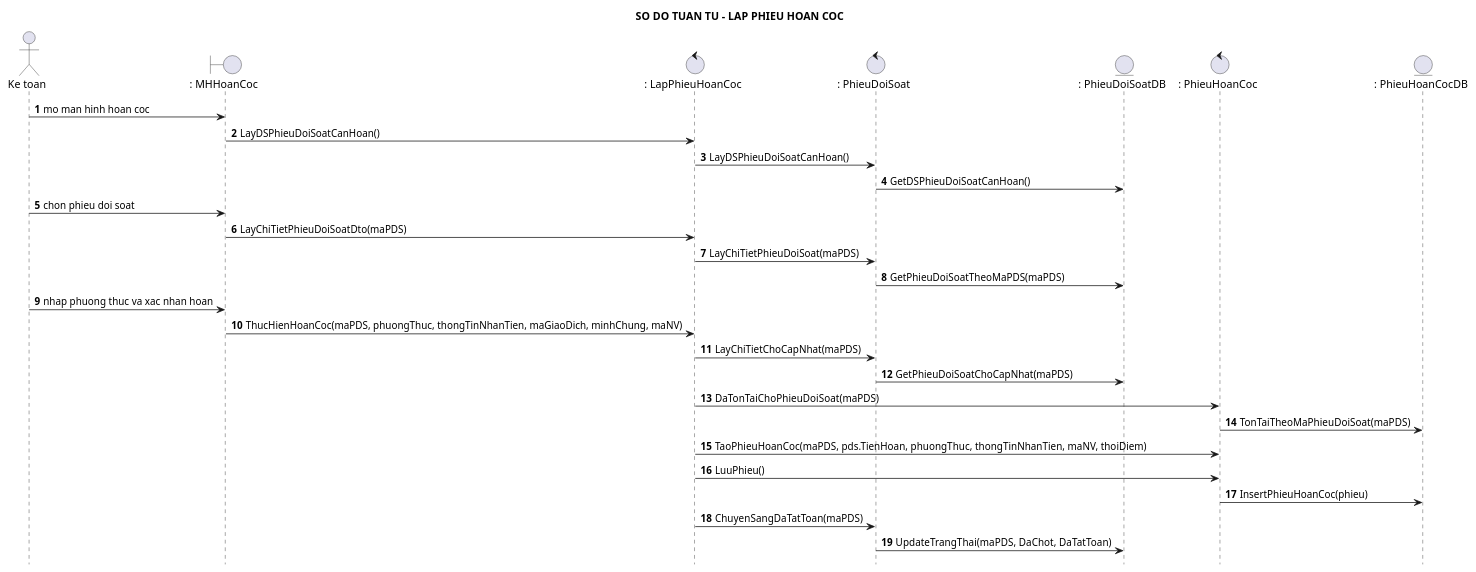
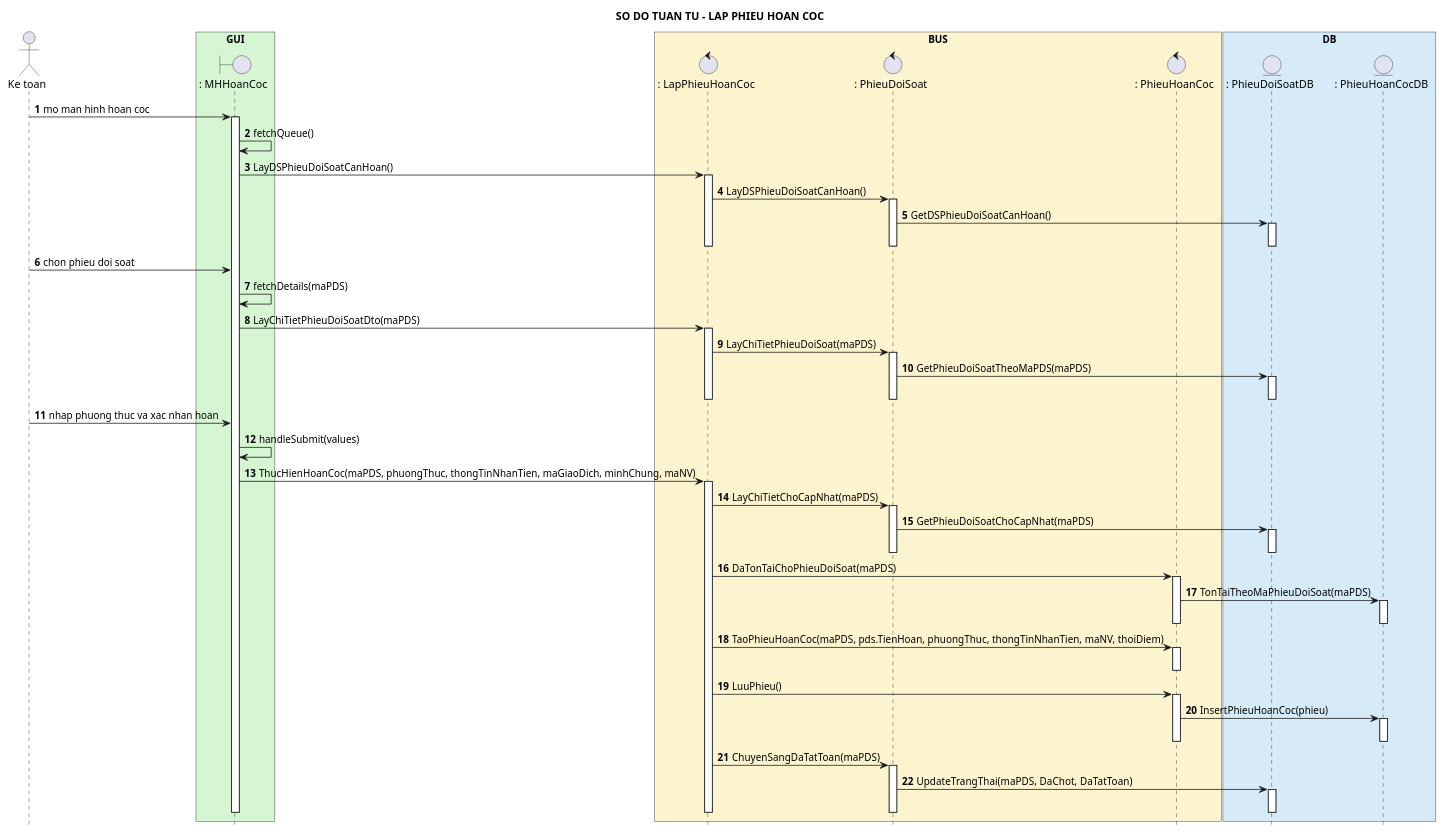
Before and after one commit to Ming1309/HomeStay-Dorm: the diagram in docs/uml/lap-phieu-hoan-coc-sequence.puml, drawn with PlantUML. The commit also changed 34 other files, not shown here.

Commit message:
docs(uml): group lifelines in sequence diagrams into box layers and update layout

```diff
--- a/docs/uml/lap-phieu-hoan-coc-sequence.puml
+++ b/docs/uml/lap-phieu-hoan-coc-sequence.puml
@@ -1,34 +1,80 @@
 @startuml
 title SO DO TUAN TU - LAP PHIEU HOAN COC
 hide footbox
 autonumber 1 1
 skinparam shadowing false
 actor "Ke toan" as KT
+
+box "GUI" #D5F5D3
 boundary ": MHHoanCoc" as MH
+end box
+
+box "BUS" #FCF3CF
 control ": LapPhieuHoanCoc" as LPHC
 control ": PhieuDoiSoat" as PDS
+control ": PhieuHoanCoc" as PHC
+end box
+
+box "DB" #D6EAF8
 entity ": PhieuDoiSoatDB" as PDSDB
-control ": PhieuHoanCoc" as PHC
 entity ": PhieuHoanCocDB" as PHCDB
+end box
 
 KT -> MH : mo man hinh hoan coc
+activate MH
+MH -> MH : fetchQueue()
 MH -> LPHC : LayDSPhieuDoiSoatCanHoan()
+activate LPHC
 LPHC -> PDS : LayDSPhieuDoiSoatCanHoan()
+activate PDS
 PDS -> PDSDB : GetDSPhieuDoiSoatCanHoan()
+activate PDSDB
+deactivate PDSDB
+deactivate PDS
+deactivate LPHC
 KT -> MH : chon phieu doi soat
+MH -> MH : fetchDetails(maPDS)
 MH -> LPHC : LayChiTietPhieuDoiSoatDto(maPDS)
+activate LPHC
 LPHC -> PDS : LayChiTietPhieuDoiSoat(maPDS)
+activate PDS
 PDS -> PDSDB : GetPhieuDoiSoatTheoMaPDS(maPDS)
+activate PDSDB
 
+deactivate PDSDB
+deactivate PDS
+deactivate LPHC
 KT -> MH : nhap phuong thuc va xac nhan hoan
+MH -> MH : handleSubmit(values)
 MH -> LPHC : ThucHienHoanCoc(maPDS, phuongThuc, thongTinNhanTien, maGiaoDich, minhChung, maNV)
+activate LPHC
 LPHC -> PDS : LayChiTietChoCapNhat(maPDS)
+activate PDS
 PDS -> PDSDB : GetPhieuDoiSoatChoCapNhat(maPDS)
+activate PDSDB
+deactivate PDSDB
+deactivate PDS
 LPHC -> PHC : DaTonTaiChoPhieuDoiSoat(maPDS)
+activate PHC
 PHC -> PHCDB : TonTaiTheoMaPhieuDoiSoat(maPDS)
+activate PHCDB
+deactivate PHCDB
+deactivate PHC
 LPHC -> PHC : TaoPhieuHoanCoc(maPDS, pds.TienHoan, phuongThuc, thongTinNhanTien, maNV, thoiDiem)
+activate PHC
+deactivate PHC
 LPHC -> PHC : LuuPhieu()
+activate PHC
 PHC -> PHCDB : InsertPhieuHoanCoc(phieu)
+activate PHCDB
+deactivate PHCDB
+deactivate PHC
 LPHC -> PDS : ChuyenSangDaTatToan(maPDS)
+activate PDS
 PDS -> PDSDB : UpdateTrangThai(maPDS, DaChot, DaTatToan)
+activate PDSDB
+deactivate PDSDB
+deactivate PDS
+deactivate LPHC
+deactivate MH
 @enduml
```
